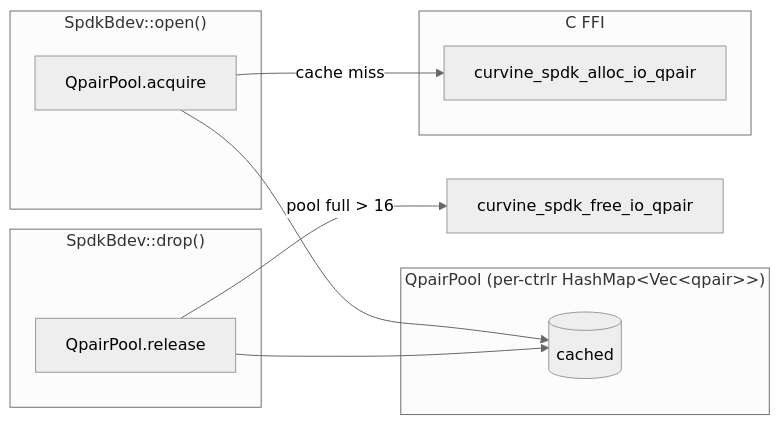
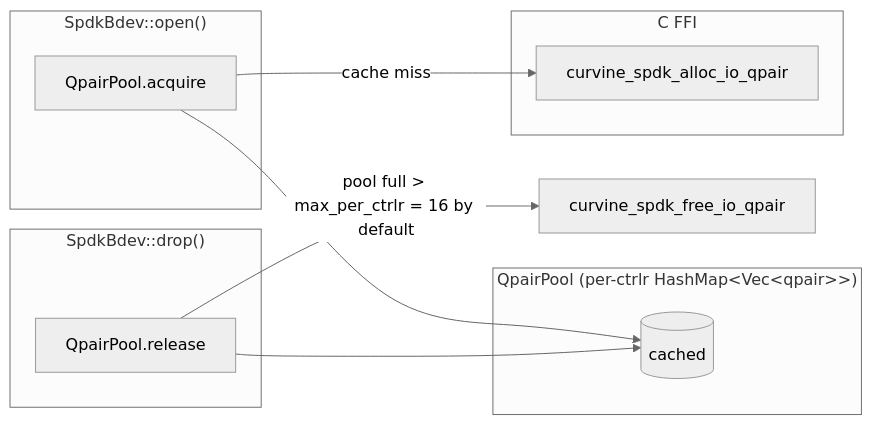
One commit to CurvineIO/curvine-doc changed the fourth of 5 diagrams in docs/5-Architecture/05-spdk-architecture.md. Above: the diagram before and after it, drawn with Mermaid (neutral theme). The commit also changed other lines of this file, not shown here.

Commit message:
feat: add spdkEnv component in diagram

````diff
--- a/docs/5-Architecture/05-spdk-architecture.md
+++ b/docs/5-Architecture/05-spdk-architecture.md
@@ -163,20 +164,20 @@
 ```mermaid
 flowchart LR
     subgraph Open["SpdkBdev::open()"]
         ACQ[QpairPool.acquire]
     end
     subgraph Pool["QpairPool (per-ctrlr HashMap&lt;Vec&lt;qpair&gt;&gt;)"]
         CACHE[(cached)]
     end
     subgraph SPDK["C FFI"]
         ALLOC[curvine_spdk_alloc_io_qpair]
     end
     ACQ --> CACHE
     ACQ -->|cache miss| ALLOC
 
     subgraph Close["SpdkBdev::drop()"]
         REL[QpairPool.release]
     end
     REL --> CACHE
-    REL -->|pool full &gt; 16| FREE[curvine_spdk_free_io_qpair]
+    REL -->|pool full &gt; max_per_ctrlr = 16 by default| FREE[curvine_spdk_free_io_qpair]
 ```
````
